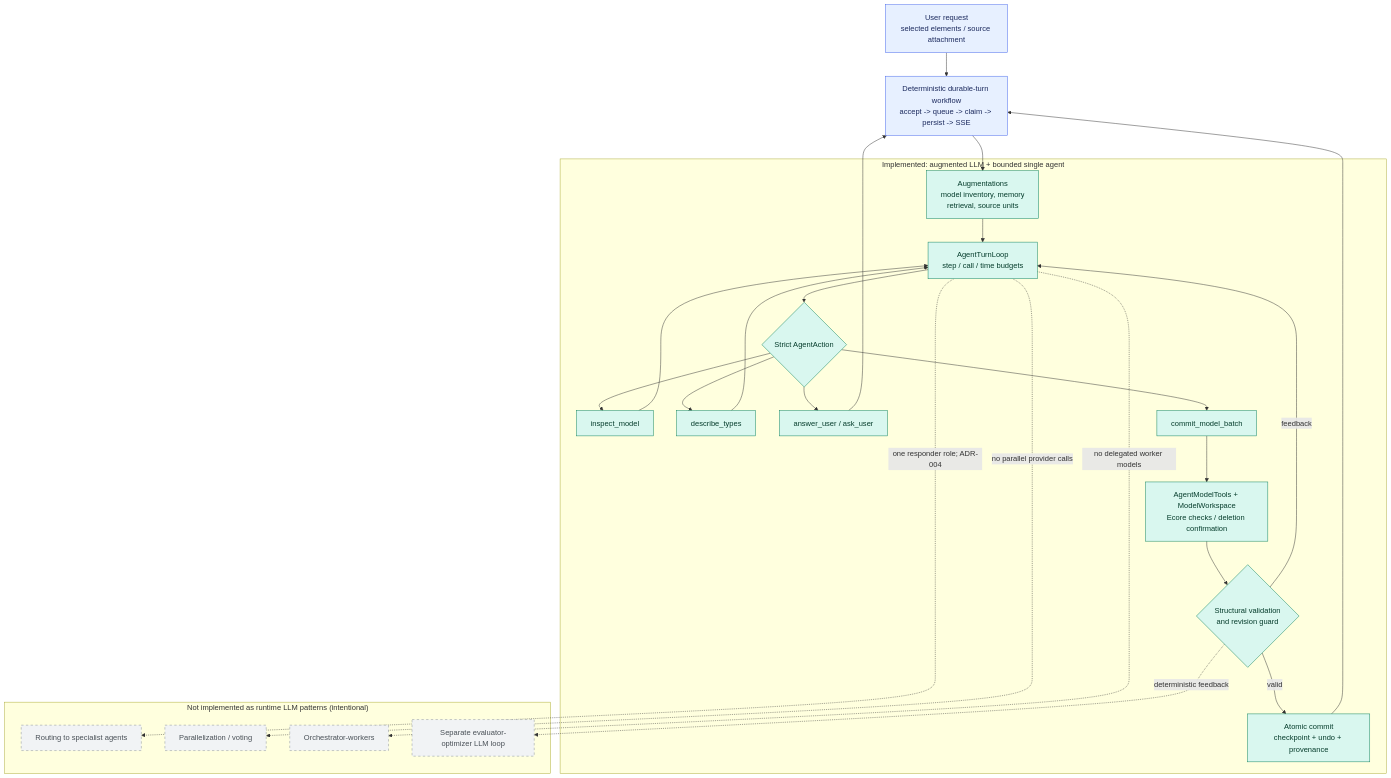
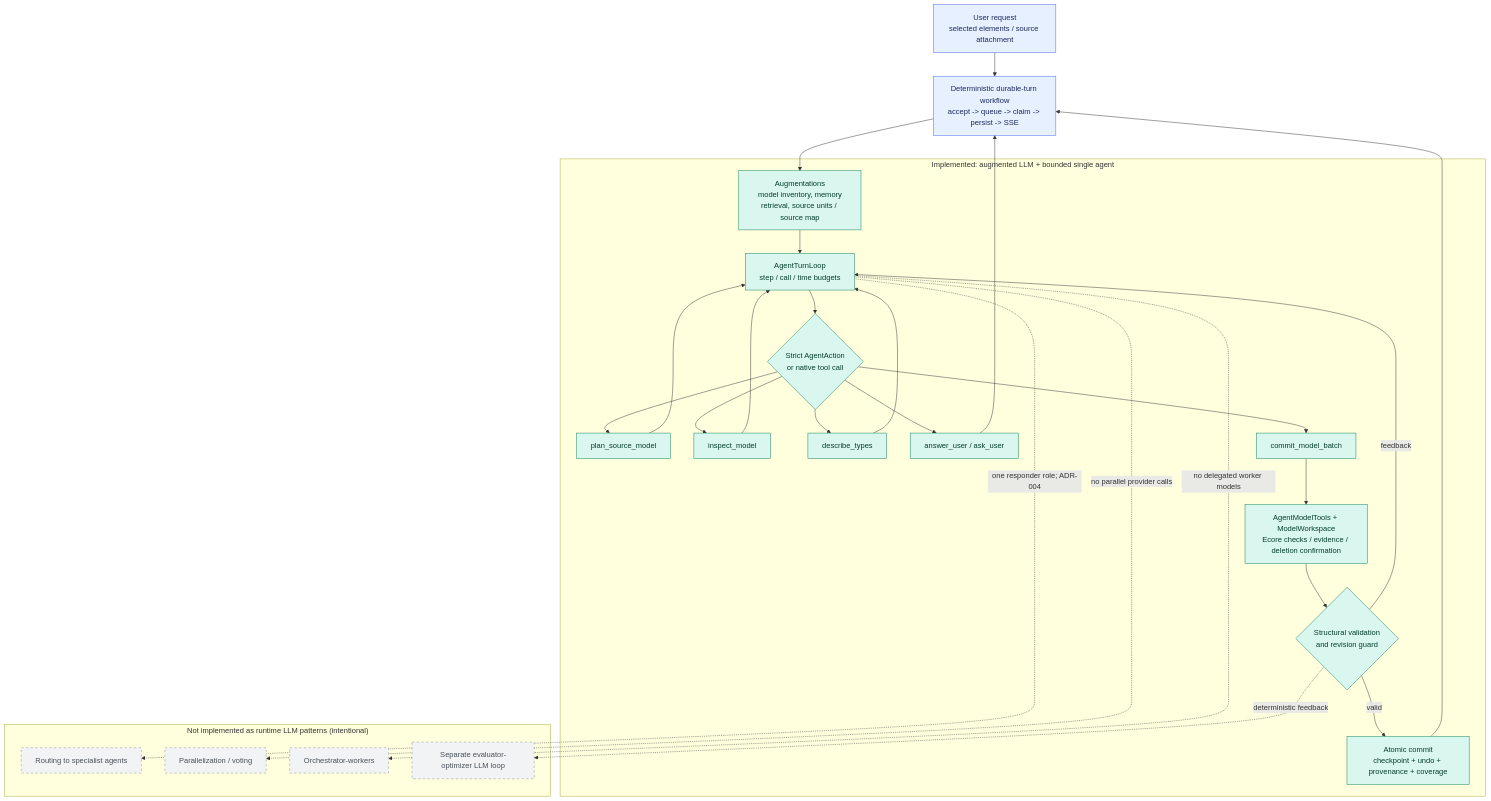
The diagram in docs/diagrams/29-agents-pattern-assessment.md (mehdieidi/modriss), drawn with Mermaid before and after one commit. The commit also changed other lines of this file and 44 other files, not shown here.

First line of the commit message:
feat(ai): enhance tests and functionality for agent actions and model services

````diff
--- a/docs/diagrams/29-agents-pattern-assessment.md
+++ b/docs/diagrams/29-agents-pattern-assessment.md
@@ -5,40 +5,42 @@
 ```mermaid
 flowchart TB
     user["User request<br/>selected elements / source attachment"]
     durable["Deterministic durable-turn workflow<br/>accept -> queue -> claim -> persist -> SSE"]
     subgraph augmented["Implemented: augmented LLM + bounded single agent"]
-        context["Augmentations<br/>model inventory, memory<br/>retrieval, source units"]
+        context["Augmentations<br/>model inventory, memory<br/>retrieval, source units / source map"]
         agent["AgentTurnLoop<br/>step / call / time budgets"]
-        action{"Strict AgentAction"}
+        action{"Strict AgentAction<br/>or native tool call"}
+        plan["plan_source_model"]
         inspect["inspect_model"]
         types["describe_types"]
         terminal["answer_user / ask_user"]
         commit["commit_model_batch"]
-        tools["AgentModelTools + ModelWorkspace<br/>Ecore checks / deletion confirmation"]
+        tools["AgentModelTools + ModelWorkspace<br/>Ecore checks / evidence / deletion confirmation"]
         validation{"Structural validation<br/>and revision guard"}
-        persist["Atomic commit<br/>checkpoint + undo + provenance"]
+        persist["Atomic commit<br/>checkpoint + undo + provenance + coverage"]
     end
     user --> durable --> context --> agent --> action
+    action --> plan --> agent
     action --> inspect --> agent
     action --> types --> agent
     action --> terminal --> durable
     action --> commit --> tools --> validation
     validation -- valid --> persist --> durable
     validation -- feedback --> agent
     subgraph excluded["Not implemented as runtime LLM patterns (intentional)"]
         route["Routing to specialist agents"]
         parallel["Parallelization / voting"]
         workers["Orchestrator-workers"]
         evaluator["Separate evaluator-optimizer LLM loop"]
     end
     agent -. "one responder role; ADR-004" .-> route
     agent -. "no parallel provider calls" .-> parallel
     agent -. "no delegated worker models" .-> workers
     validation -. "deterministic feedback" .-> evaluator
     classDef implemented fill:#d9f7ef,stroke:#087f5b,color:#063d2c;
     classDef boundary fill:#e7f0ff,stroke:#4263eb,color:#1c2a5e;
     classDef excluded fill:#f1f3f5,stroke:#868e96,color:#495057,stroke-dasharray: 5 5;
     class user,durable boundary;
-    class context,agent,action,inspect,types,terminal,commit,tools,validation,persist implemented;
+    class context,agent,action,plan,inspect,types,terminal,commit,tools,validation,persist implemented;
     class route,parallel,workers,evaluator excluded;
 ```
````
